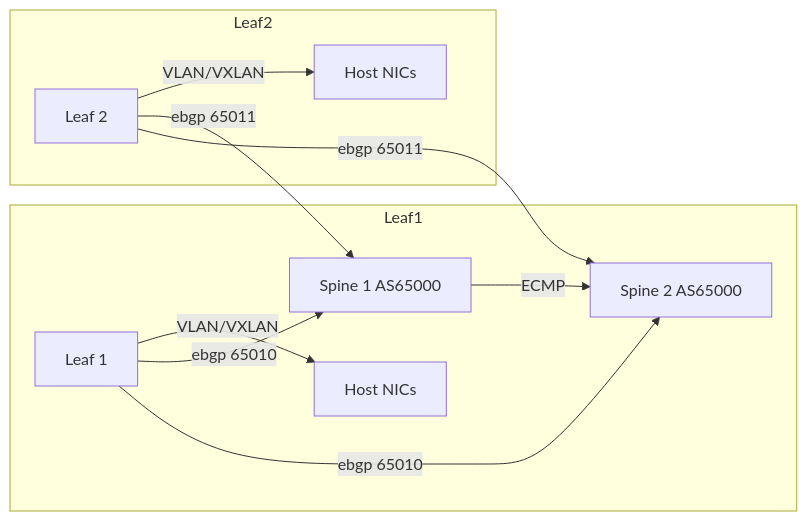
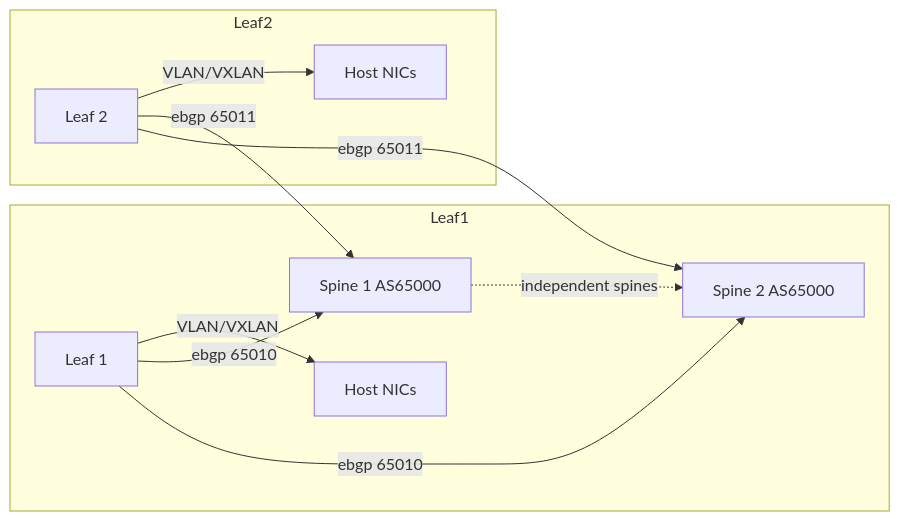
The second of 2 diagrams in src/content/docs/on-premises/networking/module-3.1-datacenter-networking.md (kube-dojo/kube-dojo), drawn with Mermaid before and after one commit. The commit also changed other lines of this file and 5 other files, not shown here.

````diff
--- a/src/content/docs/on-premises/networking/module-3.1-datacenter-networking.md
+++ b/src/content/docs/on-premises/networking/module-3.1-datacenter-networking.md
@@ -64,14 +64,14 @@
 ```mermaid
 graph LR
     subgraph Leaf1
       LEAF1[Leaf 1] -->|VLAN/VXLAN| LEAF1_HOSTS[Host NICs]
       LEAF1 -->|ebgp 65010| SPINE1[Spine 1 AS65000]
       LEAF1 -->|ebgp 65010| SPINE2[Spine 2 AS65000]
     end
     subgraph Leaf2
       LEAF2[Leaf 2] -->|VLAN/VXLAN| LEAF2_HOSTS[Host NICs]
       LEAF2 -->|ebgp 65011| SPINE1
       LEAF2 -->|ebgp 65011| SPINE2
     end
-    SPINE1 -->|ECMP| SPINE2
+    SPINE1 -.->|independent spines| SPINE2
 ```
````
